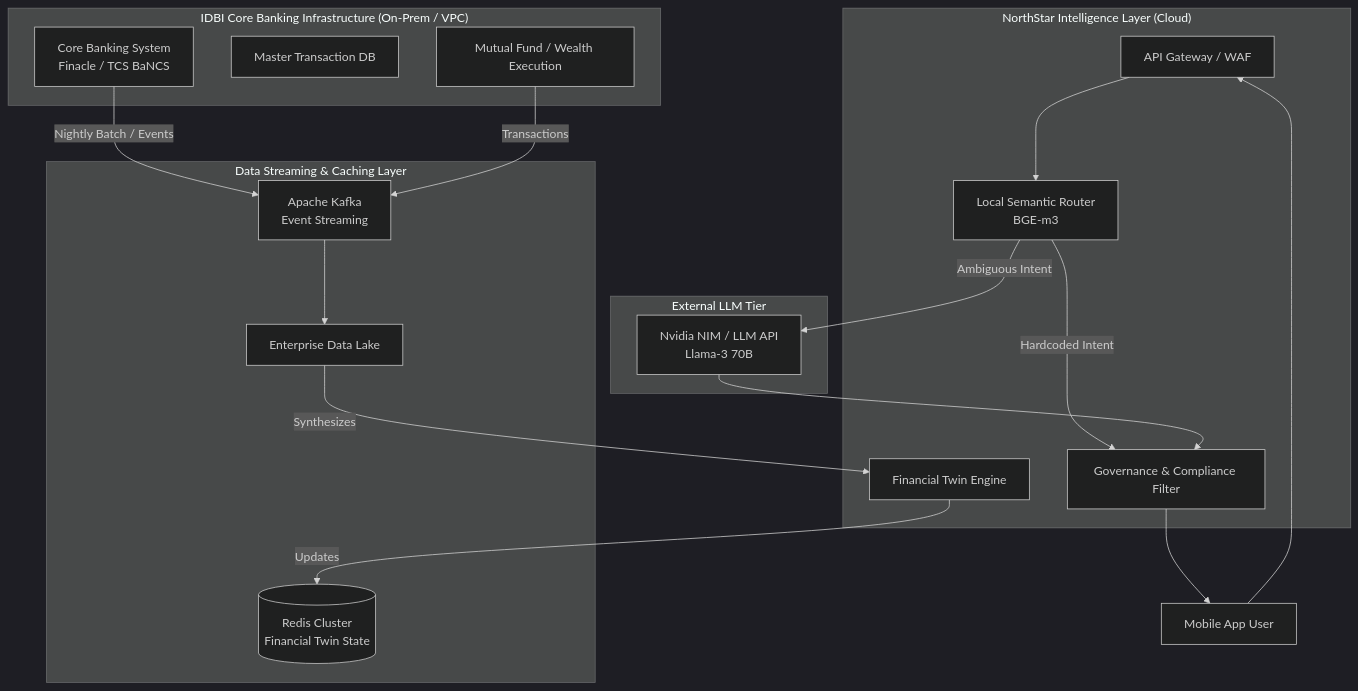
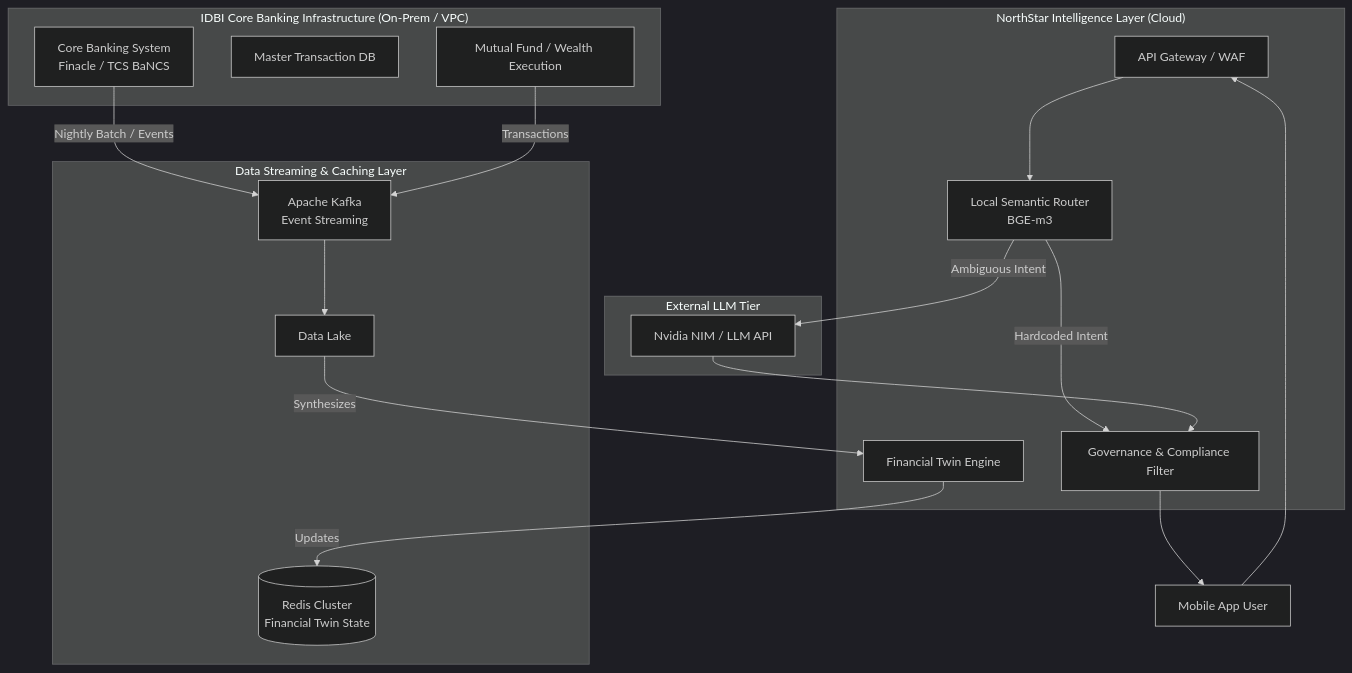
The first of 2 diagrams in docs/PRODUCTION_SCALING_ARCHITECTURE.md (VIKAS9793/northstar-wealth-ai), drawn with Mermaid (dark theme) before and after one commit. The commit also changed other lines of this file and 23 other files, not shown here.

````diff
--- a/docs/PRODUCTION_SCALING_ARCHITECTURE.md
+++ b/docs/PRODUCTION_SCALING_ARCHITECTURE.md
@@ -21,38 +23,38 @@
 ```mermaid
 graph TD
     subgraph "IDBI Core Banking Infrastructure (On-Prem / VPC)"
         CBS[Core Banking System<br/>Finacle / TCS BaNCS]
         DB[Master Transaction DB]
         MF[Mutual Fund / Wealth Execution]
     end
 
     subgraph "Data Streaming & Caching Layer"
         KAFKA[Apache Kafka<br/>Event Streaming]
-        LAKE[Enterprise Data Lake]
+        LAKE[Data Lake]
         REDIS[(Redis Cluster<br/>Financial Twin State)]
     end
 
     subgraph "NorthStar Intelligence Layer (Cloud)"
         GATEWAY[API Gateway / WAF]
         TWIN[Financial Twin Engine]
         SEMANTIC[Local Semantic Router<br/>BGE-m3]
         GOV[Governance & Compliance Filter]
     end
 
     subgraph "External LLM Tier"
-        LLM[Nvidia NIM / LLM API<br/>Llama-3 70B]
+        LLM[Nvidia NIM / LLM API]
     end
 
     CBS -- Nightly Batch / Events --> KAFKA
     MF -- Transactions --> KAFKA
     KAFKA --> LAKE
     LAKE -- Synthesizes --> TWIN
     TWIN -- Updates --> REDIS
 
     User[Mobile App User] --> GATEWAY
     GATEWAY --> SEMANTIC
     SEMANTIC -- "Ambiguous Intent" --> LLM
     SEMANTIC -- "Hardcoded Intent" --> GOV
     LLM --> GOV
     GOV --> User
 ```
````
